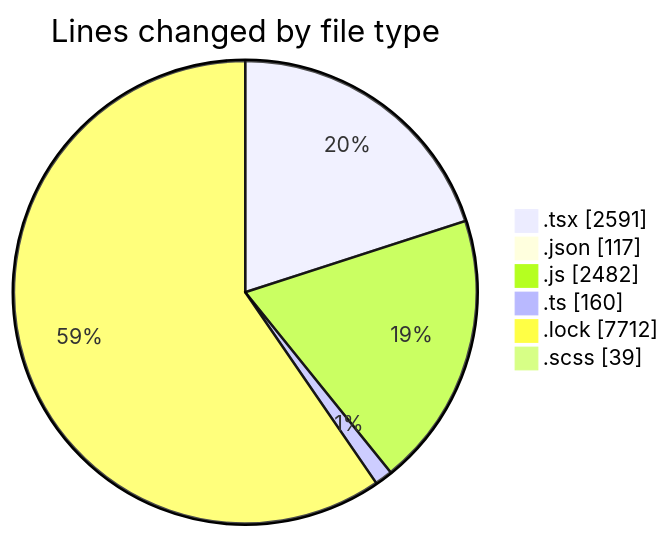
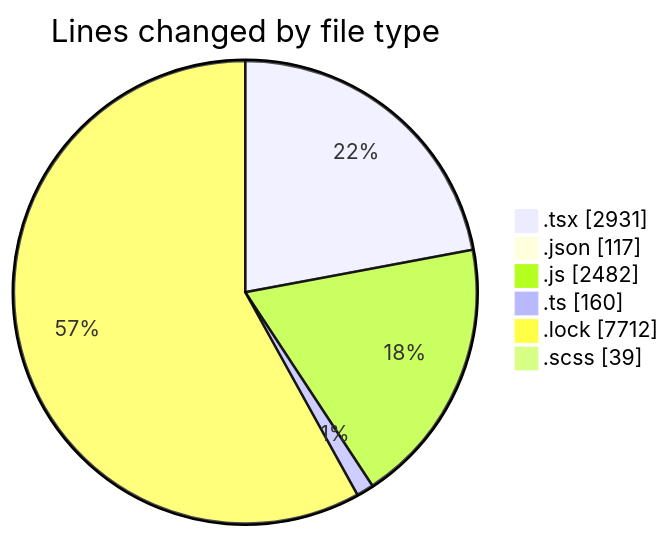
One commit to momahboobian/code-tracking changed the first of 2 diagrams in 2025-04-28/cda/README.md. Above: the diagram before and after it, drawn with Mermaid. The commit also changed other lines of this file and 1 other file, not shown here.

````diff
--- a/2025-04-28/cda/README.md
+++ b/2025-04-28/cda/README.md
@@ -40,10 +40,10 @@
 ```mermaid
 pie showData
 title Lines changed by file type
-".tsx" : 2591
+".tsx" : 2931
 ".json" : 117
 ".js" : 2482
 ".ts" : 160
 ".lock" : 7712
 ".scss" : 39
 ```
````
